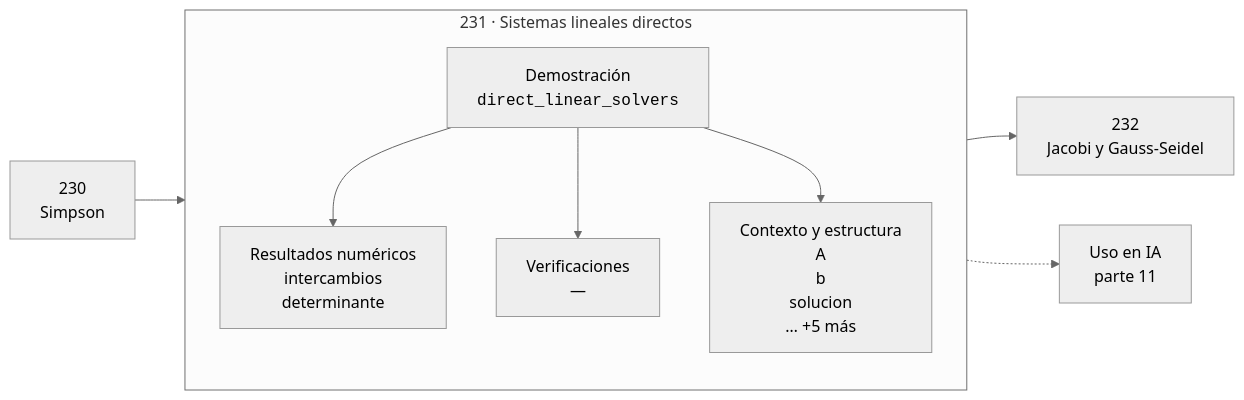
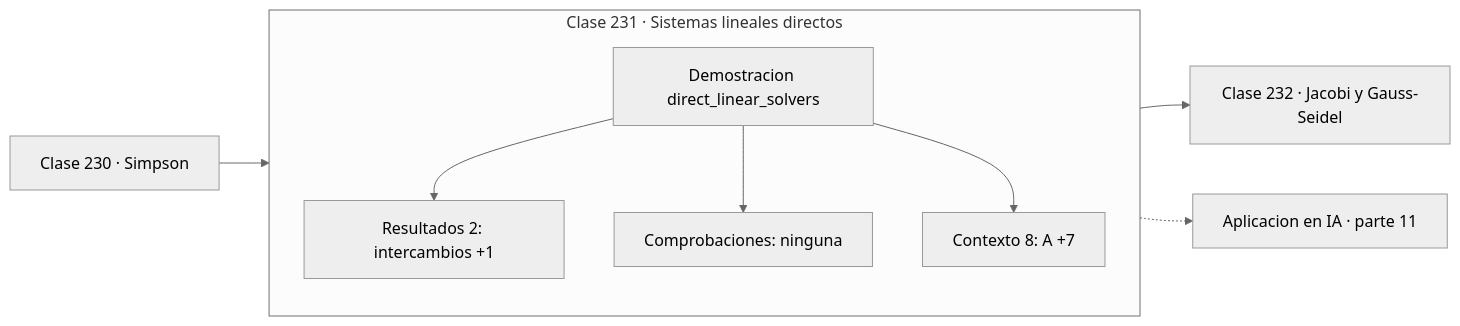
Before and after one commit to vladimiracunadev-create/computational-mathematics-program: the diagram in classes/part-11-metodos-numericos-y-computacion-cientifica/231-sistemas-lineales-directos/README.md, drawn with Mermaid (neutral theme). The commit also changed 389 other files, not shown here.

First line of the commit message:
fix(diagramas): elimina el HTML de las etiquetas Mermaid

````diff
--- a/classes/part-11-metodos-numericos-y-computacion-cientifica/231-sistemas-lineales-directos/README.md
+++ b/classes/part-11-metodos-numericos-y-computacion-cientifica/231-sistemas-lineales-directos/README.md
@@ -30,12 +30,13 @@
 ```mermaid
 flowchart LR
-    P["230<br/>Simpson"] --> C
-    subgraph C["231 · Sistemas lineales directos"]
+    P["Clase 230 · Simpson"] --> D
+    subgraph CLASE["Clase 231 · Sistemas lineales directos"]
         direction TB
-        D["Demostración<br/><code>direct_linear_solvers</code>"] --> R["Resultados numéricos<br/>intercambios<br/>determinante"]
-        D --> V["Verificaciones<br/>—"]
-        D --> O["Contexto y estructura<br/>A<br/>b<br/>solucion<br/>… +5 más"]
+        D["Demostracion direct_linear_solvers"]
+        D --> R["Resultados 2: intercambios +1"]
+        D --> V["Comprobaciones: ninguna"]
+        D --> O["Contexto 8: A +7"]
     end
-    C --> N["232<br/>Jacobi y Gauss-Seidel"]
-    C -.-> IA["Uso en IA<br/>parte 11"]
+    R --> N["Clase 232 · Jacobi y Gauss-Seidel"]
+    V -.-> IA["Aplicacion en IA · parte 11"]
 ```
````
